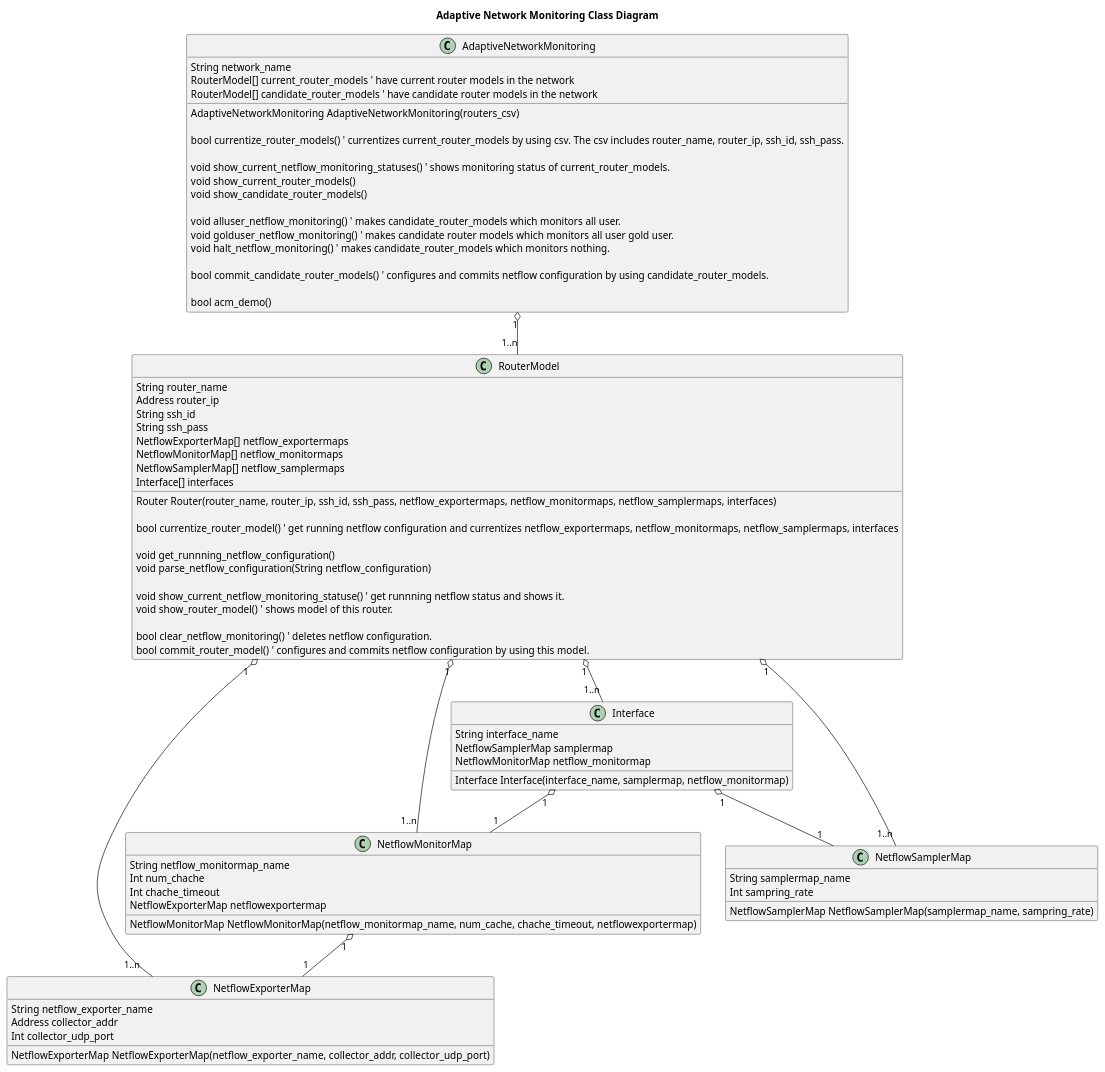
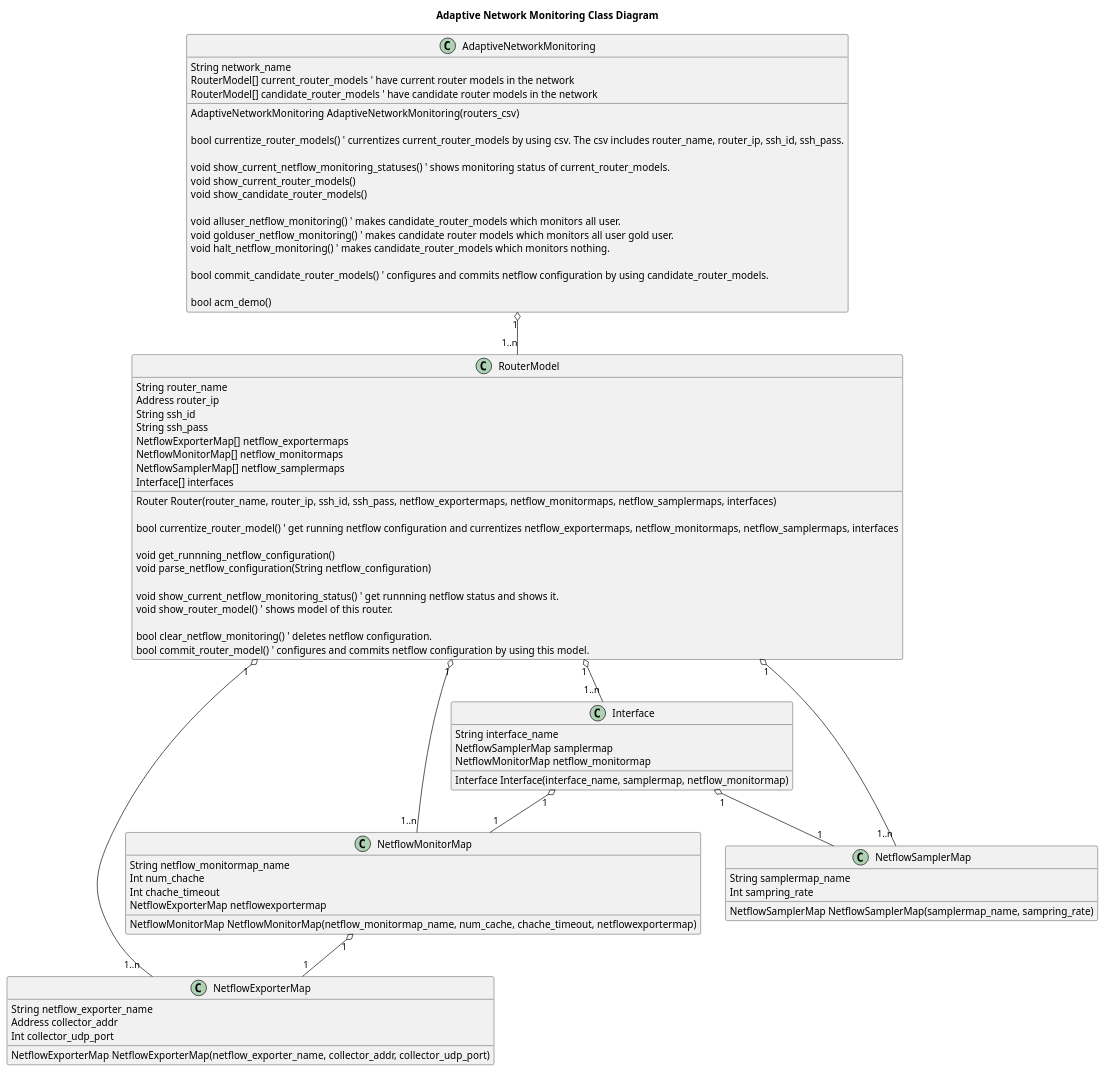
Before and after one commit to yuheihayashi/adaptivenetworkmonitoring: the diagram in uml/class_diagram.plantuml, drawn with PlantUML. The commit also changed 1 other file, not shown here.

```diff
--- a/uml/class_diagram.plantuml
+++ b/uml/class_diagram.plantuml
@@ -1,92 +1,92 @@
 @startuml
 
 title Adaptive Network Monitoring Class Diagram
 
 AdaptiveNetworkMonitoring "1" o-- "1..n" RouterModel
 RouterModel "1" o-- "1..n" NetflowMonitorMap
 RouterModel "1" o-- "1..n" NetflowExporterMap
 RouterModel "1" o-- "1..n" NetflowSamplerMap
 RouterModel "1" o-- "1..n" "Interface"
 NetflowMonitorMap "1" o-- "1" NetflowExporterMap
 "Interface" "1" o-- "1" NetflowSamplerMap
 "Interface" "1" o-- "1" NetflowMonitorMap
 
 class AdaptiveNetworkMonitoring {
   String network_name
   RouterModel[] current_router_models ' have current router models in the network
   RouterModel[] candidate_router_models ' have candidate router models in the network
 
   AdaptiveNetworkMonitoring AdaptiveNetworkMonitoring(routers_csv)
 
   bool currentize_router_models() ' currentizes current_router_models by using csv. The csv includes router_name, router_ip, ssh_id, ssh_pass.
 
   void show_current_netflow_monitoring_statuses() ' shows monitoring status of current_router_models.
   void show_current_router_models()
   void show_candidate_router_models()
 
   void alluser_netflow_monitoring() ' makes candidate_router_models which monitors all user.
   void golduser_netflow_monitoring() ' makes candidate router models which monitors all user gold user.
   void halt_netflow_monitoring() ' makes candidate_router_models which monitors nothing.
 
   bool commit_candidate_router_models() ' configures and commits netflow configuration by using candidate_router_models.
 
   bool acm_demo()
 }
 
 class RouterModel {
   String router_name
   Address router_ip
   String ssh_id
   String ssh_pass
   NetflowExporterMap[] netflow_exportermaps
   NetflowMonitorMap[] netflow_monitormaps
   NetflowSamplerMap[] netflow_samplermaps
   Interface[] interfaces
 
   Router Router(router_name, router_ip, ssh_id, ssh_pass, netflow_exportermaps, netflow_monitormaps, netflow_samplermaps, interfaces)
 
   bool currentize_router_model() ' get running netflow configuration and currentizes netflow_exportermaps, netflow_monitormaps, netflow_samplermaps, interfaces
 
   void get_runnning_netflow_configuration()
   void parse_netflow_configuration(String netflow_configuration)
 
-  void show_current_netflow_monitoring_statuse() ' get runnning netflow status and shows it.
+  void show_current_netflow_monitoring_status() ' get runnning netflow status and shows it.
   void show_router_model() ' shows model of this router.
 
   bool clear_netflow_monitoring() ' deletes netflow configuration.
   bool commit_router_model() ' configures and commits netflow configuration by using this model.
 }
 
 class NetflowExporterMap {
   String netflow_exporter_name
   Address collector_addr
   Int collector_udp_port
 
   NetflowExporterMap NetflowExporterMap(netflow_exporter_name, collector_addr, collector_udp_port)
 }
 
 class NetflowMonitorMap {
   String netflow_monitormap_name
   Int num_chache
   Int chache_timeout
   NetflowExporterMap netflowexportermap
 
   NetflowMonitorMap NetflowMonitorMap(netflow_monitormap_name, num_cache, chache_timeout, netflowexportermap)
 }
 
 class NetflowSamplerMap {
   String samplermap_name
   Int sampring_rate
 
   NetflowSamplerMap NetflowSamplerMap(samplermap_name, sampring_rate)
 }
 
 class "Interface" {
   String interface_name
   NetflowSamplerMap samplermap
   NetflowMonitorMap netflow_monitormap
 
   Interface Interface(interface_name, samplermap, netflow_monitormap)
 }
 
 @enduml
```
